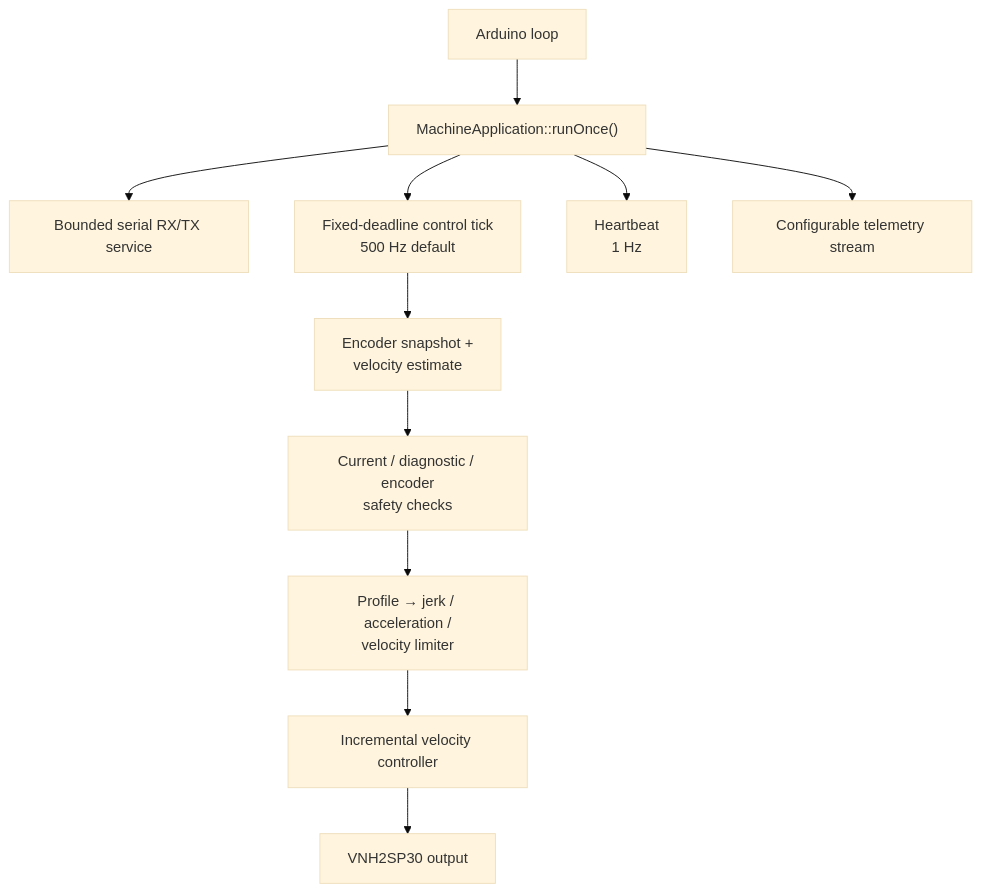
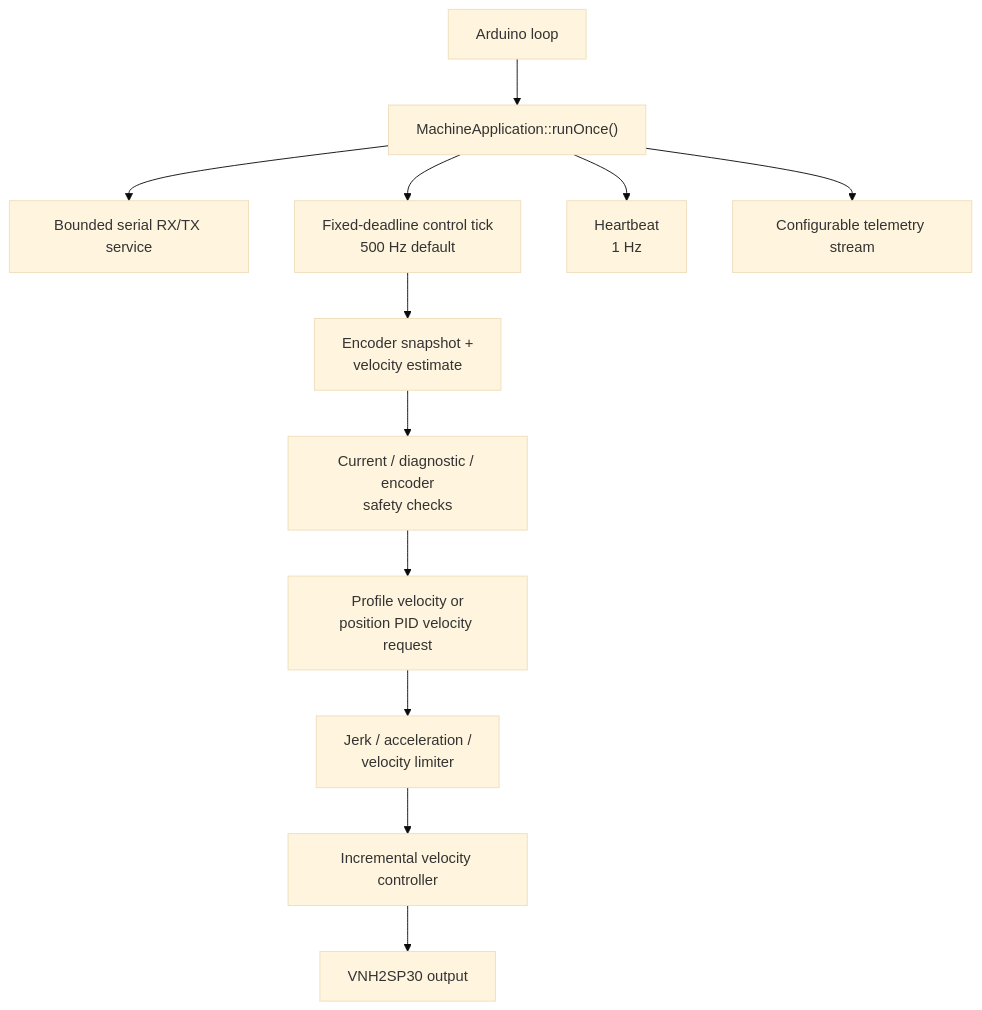
Before and after one commit to fxprime/mocking_machine: the second of 3 diagrams in docs/architecture.md, drawn with Mermaid (base theme). The commit also changed other lines of this file and 31 other files, not shown here.

````diff
--- a/docs/architecture.md
+++ b/docs/architecture.md
@@ -24,13 +40,14 @@
 ```mermaid
 flowchart TB
     ARDUINO["Arduino loop"] --> APP["MachineApplication::runOnce()"]
     APP --> SERIAL["Bounded serial RX/TX service"]
     APP --> TICK["Fixed-deadline control tick<br/>500 Hz default"]
     TICK --> ENCODER["Encoder snapshot +<br/>velocity estimate"]
     ENCODER --> SAFETY["Current / diagnostic / encoder<br/>safety checks"]
-    SAFETY --> LIMITER["Profile → jerk / acceleration /<br/>velocity limiter"]
+    SAFETY --> TARGETS["Profile velocity or<br/>position PID velocity request"]
+    TARGETS --> LIMITER["Jerk / acceleration /<br/>velocity limiter"]
     LIMITER --> CONTROLLER["Incremental velocity controller"]
     CONTROLLER --> DRIVER["VNH2SP30 output"]
     APP --> HEARTBEAT["Heartbeat<br/>1 Hz"]
     APP --> TELEMETRY["Configurable telemetry stream"]
 ```
````
